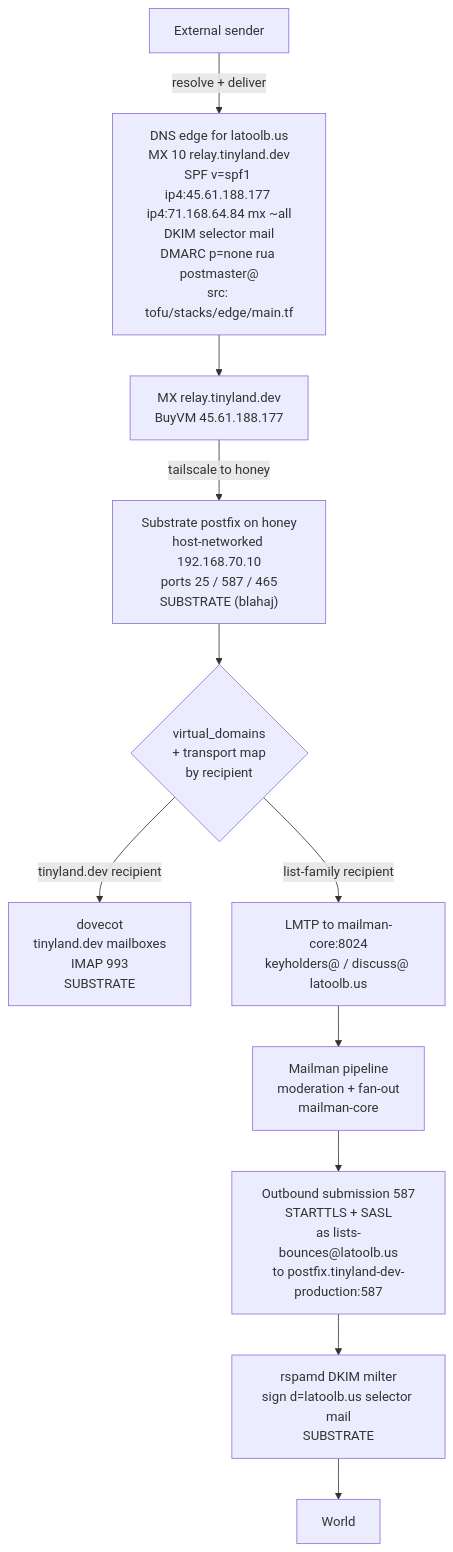
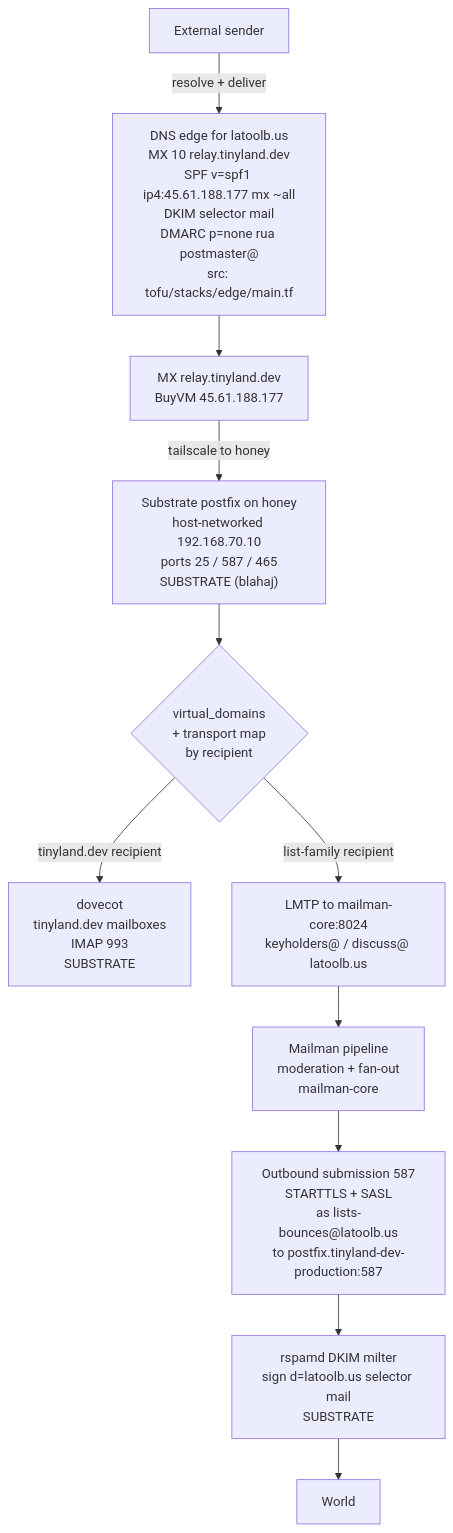
The first of 5 diagrams in docs/architecture/diagrams.md (Great-Falls-Tool-Bus/great-falls-tool-bus-infra), drawn with Mermaid before and after one commit. The commit also changed other lines of this file and 1 other file, not shown here.

Commit message:
fix(edge): retire residential SPF fallback

````diff
--- a/docs/architecture/diagrams.md
+++ b/docs/architecture/diagrams.md
@@ -41,25 +42,25 @@
 ```mermaid
 flowchart TD
     sender["External sender"]
-    dns["DNS edge for latoolb.us<br/>MX 10 relay.tinyland.dev<br/>SPF v=spf1 ip4:45.61.188.177 ip4:71.168.64.84 mx ~all<br/>DKIM selector mail<br/>DMARC p=none rua postmaster@<br/>src: tofu/stacks/edge/main.tf"]
+    dns["DNS edge for latoolb.us<br/>MX 10 relay.tinyland.dev<br/>SPF v=spf1 ip4:45.61.188.177 mx ~all<br/>DKIM selector mail<br/>DMARC p=none rua postmaster@<br/>src: tofu/stacks/edge/main.tf"]
     mx["MX relay.tinyland.dev<br/>BuyVM 45.61.188.177"]
     postfix["Substrate postfix on honey<br/>host-networked 192.168.70.10<br/>ports 25 / 587 / 465<br/>SUBSTRATE (blahaj)"]
     transport{"virtual_domains<br/>+ transport map<br/>by recipient"}
     dovecot["dovecot<br/>tinyland.dev mailboxes<br/>IMAP 993<br/>SUBSTRATE"]
     lmtp["LMTP to mailman-core:8024<br/>keyholders@ / discuss@ latoolb.us"]
     pipeline["Mailman pipeline<br/>moderation + fan-out<br/>mailman-core"]
     submit["Outbound submission 587<br/>STARTTLS + SASL<br/>as lists-bounces@latoolb.us<br/>to postfix.tinyland-dev-production:587"]
     rspamd["rspamd DKIM milter<br/>sign d=latoolb.us selector mail<br/>SUBSTRATE"]
     world["World"]
 
     sender -->|"resolve + deliver"| dns
     dns --> mx
     mx -->|"tailscale to honey"| postfix
     postfix --> transport
     transport -->|"tinyland.dev recipient"| dovecot
     transport -->|"list-family recipient"| lmtp
     lmtp --> pipeline
     pipeline --> submit
     submit --> rspamd
     rspamd --> world
 ```
````
